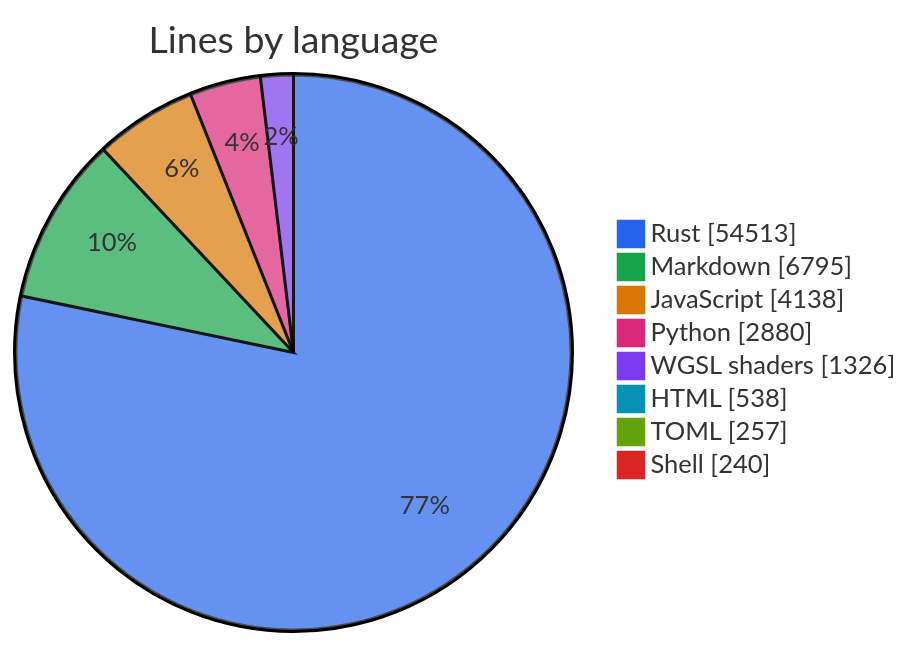
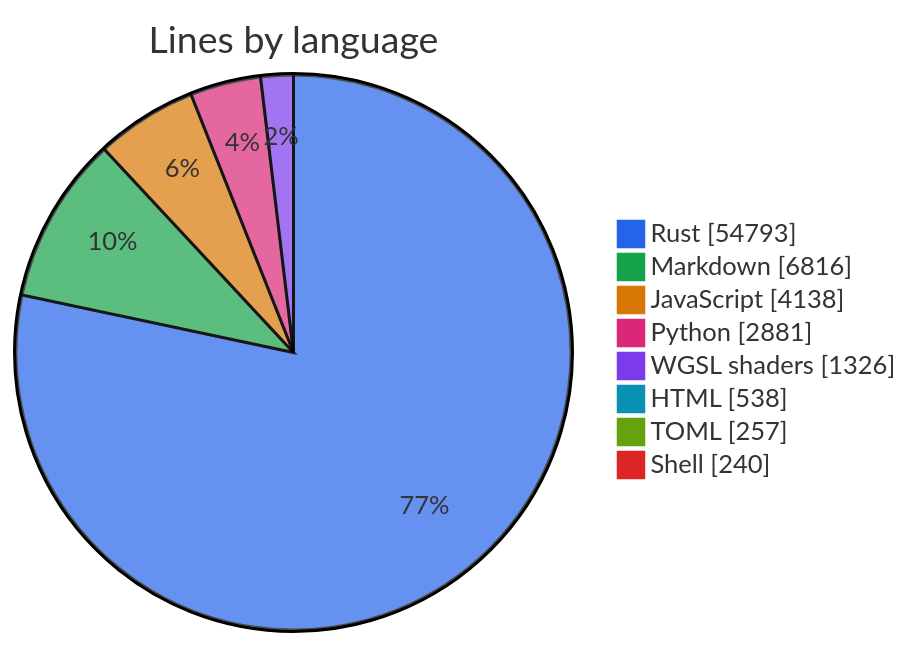
Before and after one commit to thomascherickal/ferrum-gpu: the first of 2 diagrams in metrics.md, drawn with Mermaid. The commit also changed other lines of this file and 16 other files, not shown here.

````diff
--- a/metrics.md
+++ b/metrics.md
@@ -22,12 +22,12 @@
 ```mermaid
 %%{init: {"theme": "base", "themeVariables": {"pie1": "#2563eb", "pie2": "#16a34a", "pie3": "#d97706", "pie4": "#db2777", "pie5": "#7c3aed", "pie6": "#0891b2", "pie7": "#65a30d", "pie8": "#dc2626"}}}%%
 pie showData title Lines by language
-    "Rust" : 54513
-    "Markdown" : 6795
+    "Rust" : 54793
+    "Markdown" : 6816
     "JavaScript" : 4138
-    "Python" : 2880
+    "Python" : 2881
     "WGSL shaders" : 1326
     "HTML" : 538
     "TOML" : 257
     "Shell" : 240
 ```
````
